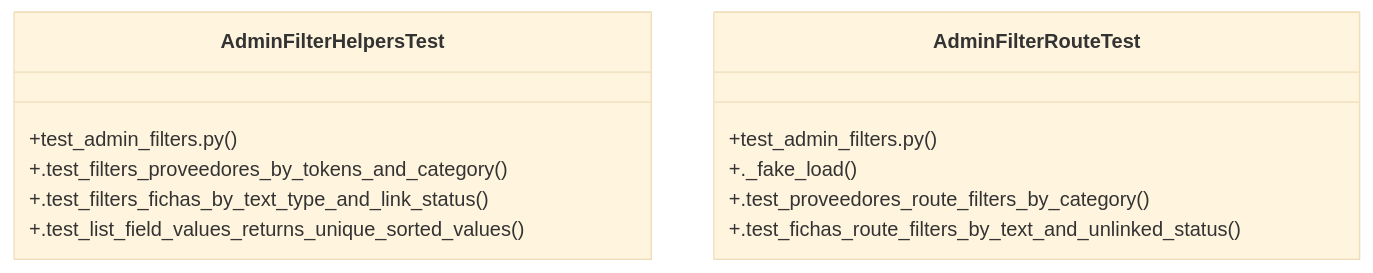
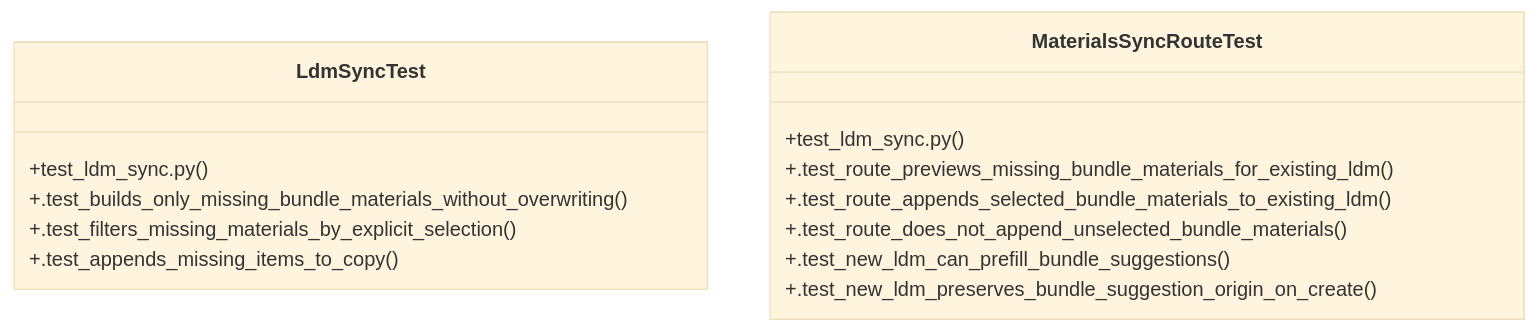
One commit to Daftrick/ProjectTracker changed the diagram in graphify-out/wiki/Community_20.md. Above: the diagram before and after it, drawn with Mermaid (base theme). The commit also changed other lines of this file and 479 other files, not shown here.

````diff
--- a/graphify-out/wiki/Community_20.md
+++ b/graphify-out/wiki/Community_20.md
@@ -33,15 +35,17 @@
 ```mermaid
 classDiagram
-    class AdminFilterHelpersTest {
-        +test_admin_filters.py()
-        +.test_filters_proveedores_by_tokens_and_category()
-        +.test_filters_fichas_by_text_type_and_link_status()
-        +.test_list_field_values_returns_unique_sorted_values()
+    class LdmSyncTest {
+        +test_ldm_sync.py()
+        +.test_builds_only_missing_bundle_materials_without_overwriting()
+        +.test_filters_missing_materials_by_explicit_selection()
+        +.test_appends_missing_items_to_copy()
     }
-    class AdminFilterRouteTest {
-        +test_admin_filters.py()
-        +._fake_load()
-        +.test_proveedores_route_filters_by_category()
-        +.test_fichas_route_filters_by_text_and_unlinked_status()
+    class MaterialsSyncRouteTest {
+        +test_ldm_sync.py()
+        +.test_route_previews_missing_bundle_materials_for_existing_ldm()
+        +.test_route_appends_selected_bundle_materials_to_existing_ldm()
+        +.test_route_does_not_append_unselected_bundle_materials()
+        +.test_new_ldm_can_prefill_bundle_suggestions()
+        +.test_new_ldm_preserves_bundle_suggestion_origin_on_create()
     }
 ```
````
